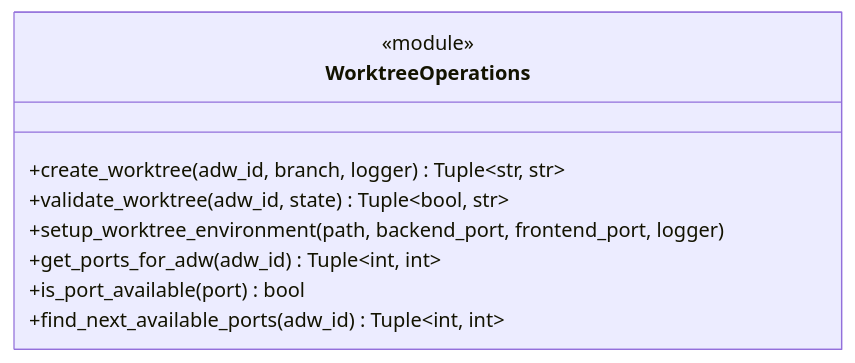
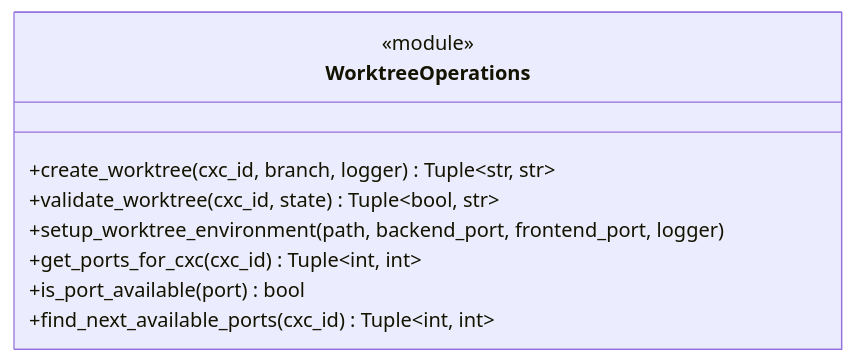
Before and after one commit to alexfosterinvisible/Cortex-Code: diagram 11 of 20 in .af/specs/fullrepo_dec30/C/design.md, drawn with Mermaid. The commit also changed other lines of this file and 19 other files, not shown here.

First line of the commit message:
fix: complete adw→cxc rename + fix integration tests

````diff
--- a/.af/specs/fullrepo_dec30/C/design.md
+++ b/.af/specs/fullrepo_dec30/C/design.md
@@ -465,12 +465,12 @@
 ```mermaid
 classDiagram
     class WorktreeOperations {
         <<module>>
-        +create_worktree(adw_id, branch, logger) Tuple~str, str~
-        +validate_worktree(adw_id, state) Tuple~bool, str~
+        +create_worktree(cxc_id, branch, logger) Tuple~str, str~
+        +validate_worktree(cxc_id, state) Tuple~bool, str~
         +setup_worktree_environment(path, backend_port, frontend_port, logger)
-        +get_ports_for_adw(adw_id) Tuple~int, int~
+        +get_ports_for_cxc(cxc_id) Tuple~int, int~
         +is_port_available(port) bool
-        +find_next_available_ports(adw_id) Tuple~int, int~
+        +find_next_available_ports(cxc_id) Tuple~int, int~
     }
 ```
````
